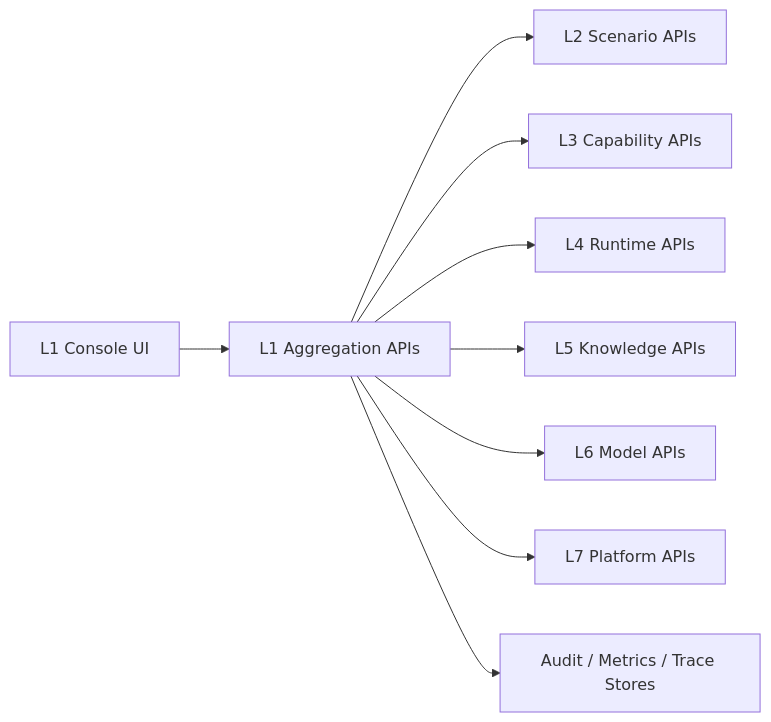
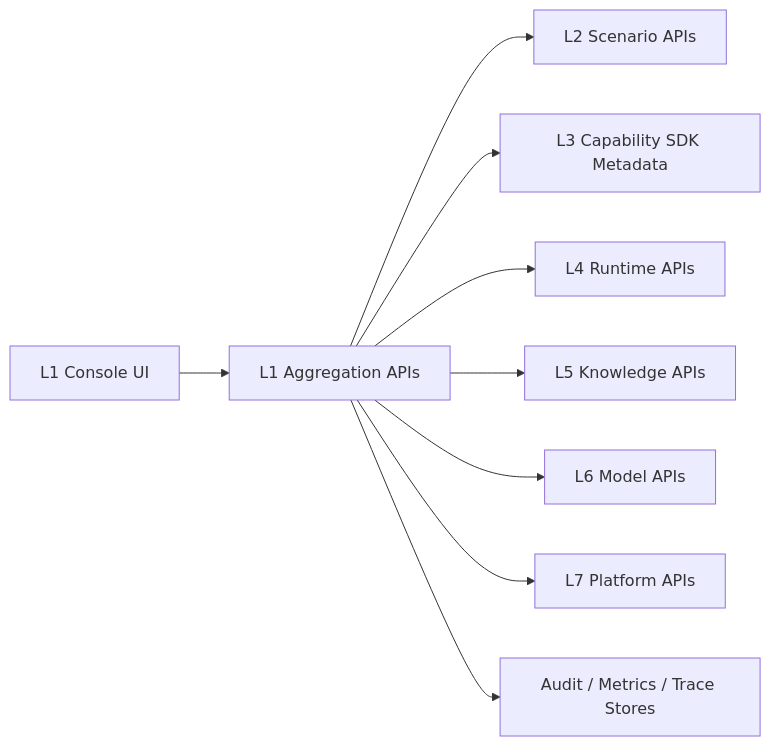
One commit to zeranlin/agent_harness changed the third of 3 diagrams in ARCHITECTURE.md. Above: the diagram before and after it, drawn with Mermaid. The commit also changed other lines of this file and 12 other files, not shown here.

````diff
--- a/ARCHITECTURE.md
+++ b/ARCHITECTURE.md
@@ -97,11 +97,11 @@
 ```mermaid
 flowchart LR
   UI["L1 Console UI"] --> API["L1 Aggregation APIs"]
   API --> L2["L2 Scenario APIs"]
-  API --> L3["L3 Capability APIs"]
+  API --> L3["L3 Capability SDK Metadata"]
   API --> L4["L4 Runtime APIs"]
   API --> L5["L5 Knowledge APIs"]
   API --> L6["L6 Model APIs"]
   API --> L7["L7 Platform APIs"]
   API --> OBS["Audit / Metrics / Trace Stores"]
 ```
````
